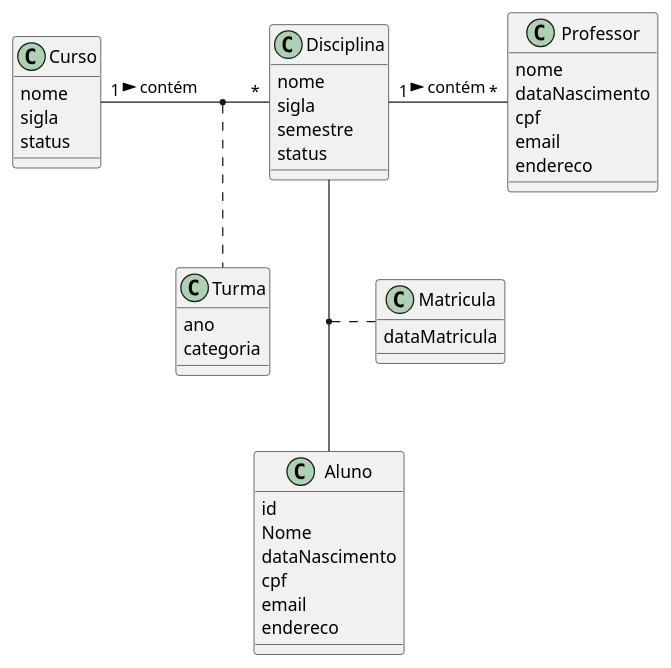
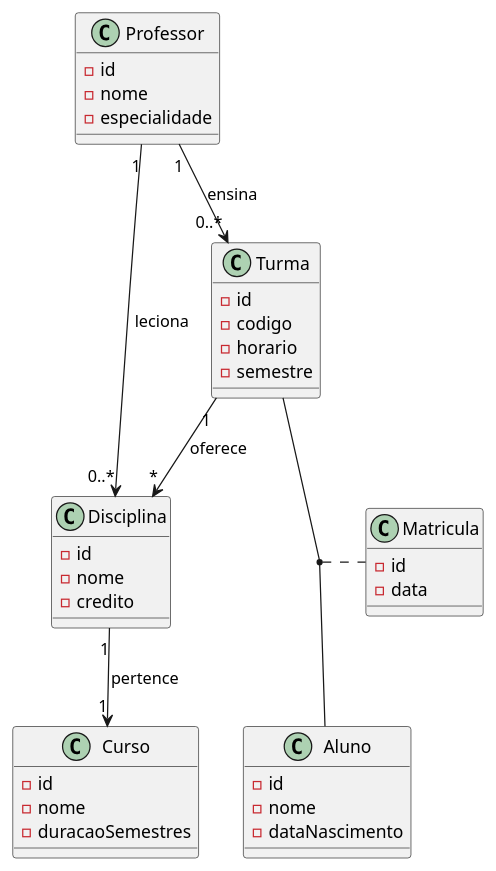
The diagram in aula2_diagramas/admschool3_modelo_dominio.md (nicolasgregoriof/projects_gestao_escolar), drawn with PlantUML before and after one commit.

````diff
--- a/aula2_diagramas/admschool3_modelo_dominio.md
+++ b/aula2_diagramas/admschool3_modelo_dominio.md
@@ -3,45 +3,47 @@
 ```plantuml
 @startuml
-class Aluno
-Aluno : id
-Aluno : Nome
-Aluno : dataNascimento
-Aluno : cpf
-Aluno : email
-Aluno : endereco
+class Aluno {
+  -id
+  -nome
+  -dataNascimento
+}
 
-class Professor
-Professor : nome
-Professor : dataNascimento
-Professor : cpf
-Professor : email
-Professor : endereco
+class Professor {
+  -id
+  -nome
+  -especialidade
+}
 
-class Curso
-Curso : nome
-Curso : sigla
-Curso : status
+class Curso {
+  -id
+  -nome
+  -duracaoSemestres
+}
 
-class Disciplina
-Disciplina : nome
-Disciplina : sigla
-Disciplina : semestre
-Disciplina : status
+class Disciplina {
+  -id
+  -nome
+  -credito
+}
 
-class Turma
-Turma : ano
-Turma : categoria
+class Turma {
+  -id
+  -codigo
+  -horario
+  -semestre
+}
 
-class Matricula
-Matricula : dataMatricula
+class Matricula {
+  -id
+  -data
+}
 
-
-Curso "1" - "*" Disciplina : contém >
-Disciplina "1" - "*" Professor : contém >
-(Disciplina, Aluno) .. Matricula
-
-(Disciplina, Curso) .. Turma
+(Turma, Aluno) .. Matricula
+Turma "1" --> "*" Disciplina: oferece
+Disciplina "1" --> "1" Curso: pertence
+Professor "1" --> "0..*" Turma: ensina
+Professor "1" --> "0..*" Disciplina: leciona
 
 @enduml
 
 ```
````
